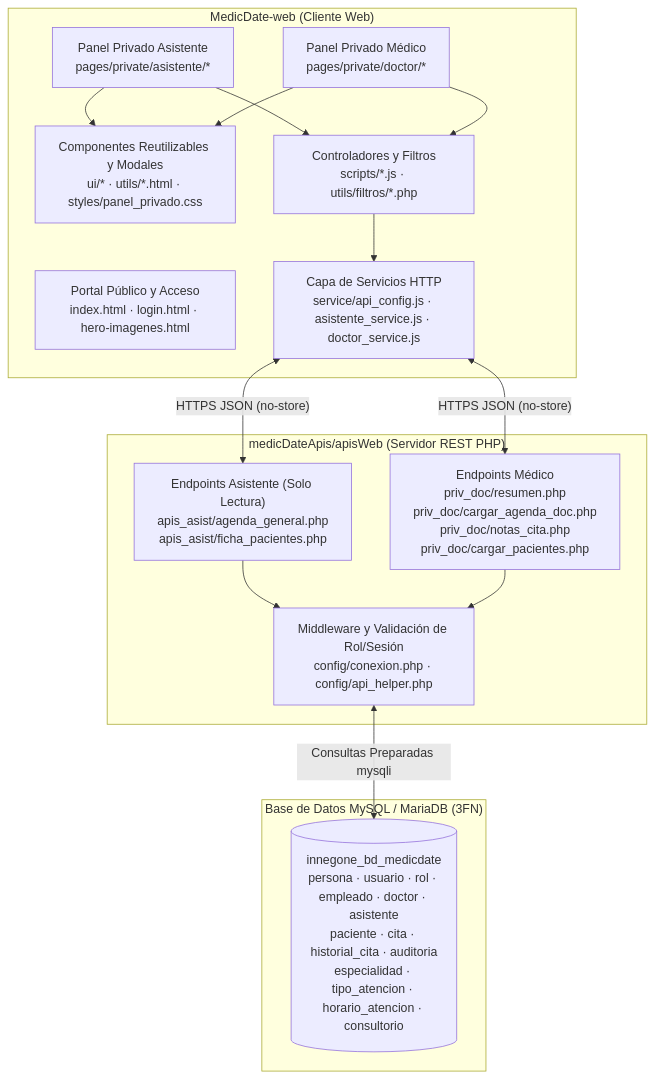
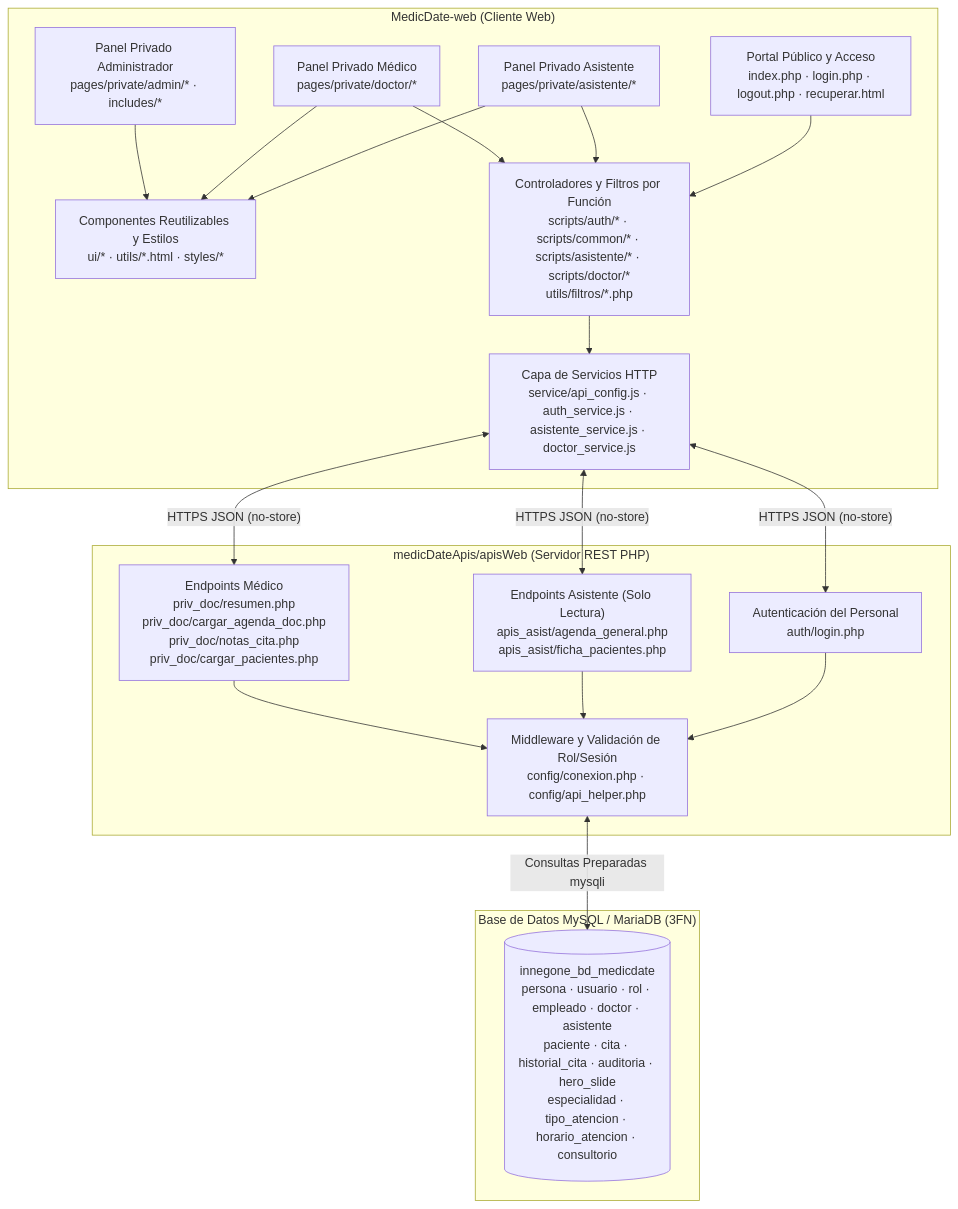
The first of 2 diagrams in README.md (Arthur01012/MedicDate-web), drawn with Mermaid before and after one commit. The commit also changed other lines of this file and 23 other files, not shown here.

````diff
--- a/README.md
+++ b/README.md
@@ -11,33 +11,39 @@
 ```mermaid
 flowchart TD
     subgraph Frontend["MedicDate-web (Cliente Web)"]
-        PUB["Portal Público y Acceso<br/>index.html · login.html · hero-imagenes.html"]
+        PUB["Portal Público y Acceso<br/>index.php · login.php · logout.php · recuperar.html"]
+        ADMIN["Panel Privado Administrador<br/>pages/private/admin/* · includes/*"]
         ASIST["Panel Privado Asistente<br/>pages/private/asistente/*"]
         DOC["Panel Privado Médico<br/>pages/private/doctor/*"]
-        UI["Componentes Reutilizables y Modales<br/>ui/* · utils/*.html · styles/panel_privado.css"]
-        CTRL["Controladores y Filtros<br/>scripts/*.js · utils/filtros/*.php"]
-        SVC["Capa de Servicios HTTP<br/>service/api_config.js · asistente_service.js · doctor_service.js"]
+        UI["Componentes Reutilizables y Estilos<br/>ui/* · utils/*.html · styles/*"]
+        CTRL["Controladores y Filtros por Función<br/>scripts/auth/* · scripts/common/* · scripts/asistente/* · scripts/doctor/*<br/>utils/filtros/*.php"]
+        SVC["Capa de Servicios HTTP<br/>service/api_config.js · auth_service.js · asistente_service.js · doctor_service.js"]
 
+        PUB --> CTRL
         ASIST --> UI
         DOC --> UI
+        ADMIN --> UI
         ASIST --> CTRL
         DOC --> CTRL
         CTRL --> SVC
     end
 
     subgraph Backend["medicDateApis/apisWeb (Servidor REST PHP)"]
         HELPER["Middleware y Validación de Rol/Sesión<br/>config/conexion.php · config/api_helper.php"]
+        API_AUTH["Autenticación del Personal<br/>auth/login.php"]
         API_ASIST["Endpoints Asistente (Solo Lectura)<br/>apis_asist/agenda_general.php<br/>apis_asist/ficha_pacientes.php"]
         API_DOC["Endpoints Médico<br/>priv_doc/resumen.php<br/>priv_doc/cargar_agenda_doc.php<br/>priv_doc/notas_cita.php<br/>priv_doc/cargar_pacientes.php"]
 
+        SVC <-->|"HTTPS JSON (no-store)"| API_AUTH
         SVC <-->|"HTTPS JSON (no-store)"| API_ASIST
         SVC <-->|"HTTPS JSON (no-store)"| API_DOC
+        API_AUTH --> HELPER
         API_ASIST --> HELPER
         API_DOC --> HELPER
     end
 
     subgraph Datos["Base de Datos MySQL / MariaDB (3FN)"]
-        DB[("innegone_bd_medicdate<br/>persona · usuario · rol · empleado · doctor · asistente<br/>paciente · cita · historial_cita · auditoria<br/>especialidad · tipo_atencion · horario_atencion · consultorio")]
+        DB[("innegone_bd_medicdate<br/>persona · usuario · rol · empleado · doctor · asistente<br/>paciente · cita · historial_cita · auditoria · hero_slide<br/>especialidad · tipo_atencion · horario_atencion · consultorio")]
         HELPER <-->|"Consultas Preparadas mysqli"| DB
     end
 ```
````
